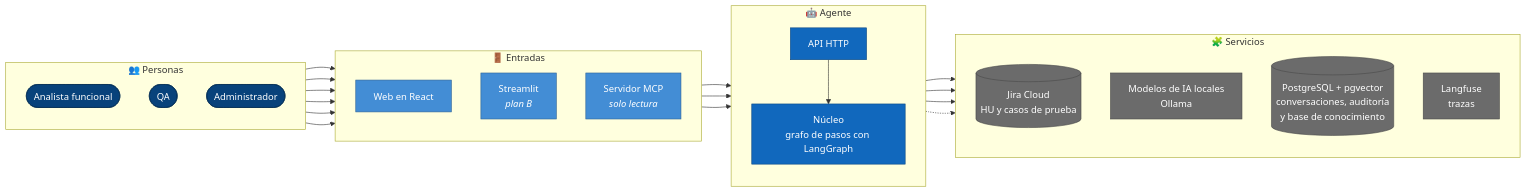
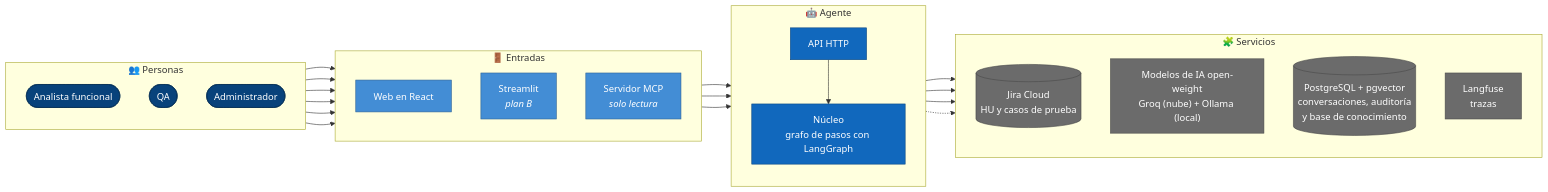
One commit to maujimenez4/agente-af-qa changed the first of 3 diagrams in docs/arquitectura.md. Above: the diagram before and after it, drawn with Mermaid. The commit also changed other lines of this file and 5 other files, not shown here.

Commit message:
Documentación al día (2026-10-08): modelos mixtos en los diagramas de arquitectura y C4, README con el arranque diario, DEMO.md con la variante B en AFQP y ONBOARDING con el estado actual

````diff
--- a/docs/arquitectura.md
+++ b/docs/arquitectura.md
@@ -11,46 +11,46 @@
 ```mermaid
 flowchart LR
     subgraph P["👥 Personas"]
         direction TB
         af(["Analista funcional"])
         qa(["QA"])
         admin(["Administrador"])
     end
 
     subgraph E["🚪 Entradas"]
         direction TB
         web["Web en React"]
         st["Streamlit<br/><i>plan B</i>"]
         mcp["Servidor MCP<br/><i>solo lectura</i>"]
     end
 
     subgraph A["🤖 Agente"]
         direction TB
         api["API HTTP"]
         core["Núcleo<br/>grafo de pasos con LangGraph"]
     end
 
     subgraph S["🧩 Servicios"]
         direction TB
         jira[("Jira Cloud<br/>HU y casos de prueba")]
-        llm["Modelos de IA locales<br/>Ollama"]
+        llm["Modelos de IA open-weight<br/>Groq (nube) + Ollama (local)"]
         db[("PostgreSQL + pgvector<br/>conversaciones, auditoría<br/>y base de conocimiento")]
         lf["Langfuse<br/>trazas"]
     end
 
     af & qa & admin --> web & st
     web --> api --> core
     st --> core
     mcp --> core
     core --> jira & llm & db
     core -.-> lf
 
     classDef persona fill:#08427b,stroke:#052e56,color:#fff
     classDef entrada fill:#438dd5,stroke:#2e6295,color:#fff
     classDef agente fill:#1168bd,stroke:#0b4884,color:#fff
     classDef servicio fill:#6b6b6b,stroke:#4a4a4a,color:#fff
     class af,qa,admin persona
     class web,st,mcp entrada
     class api,core agente
     class jira,llm,db,lf servicio
 ```
````
